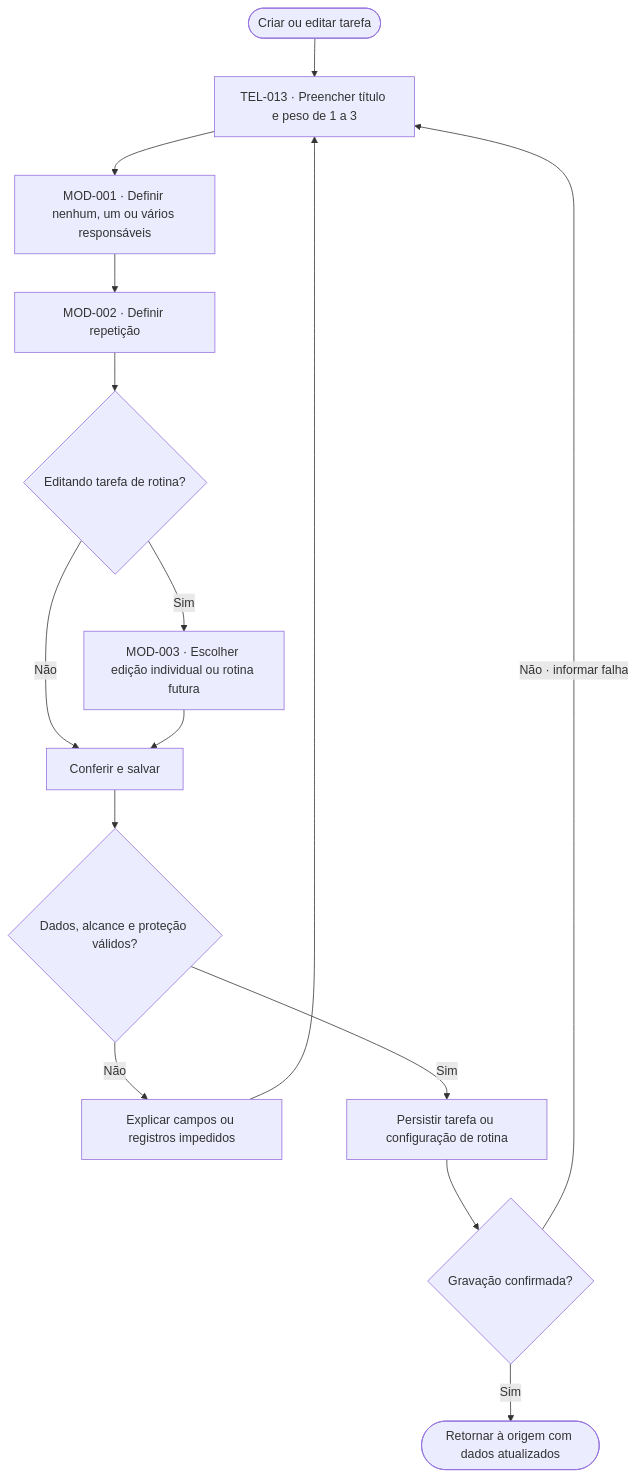
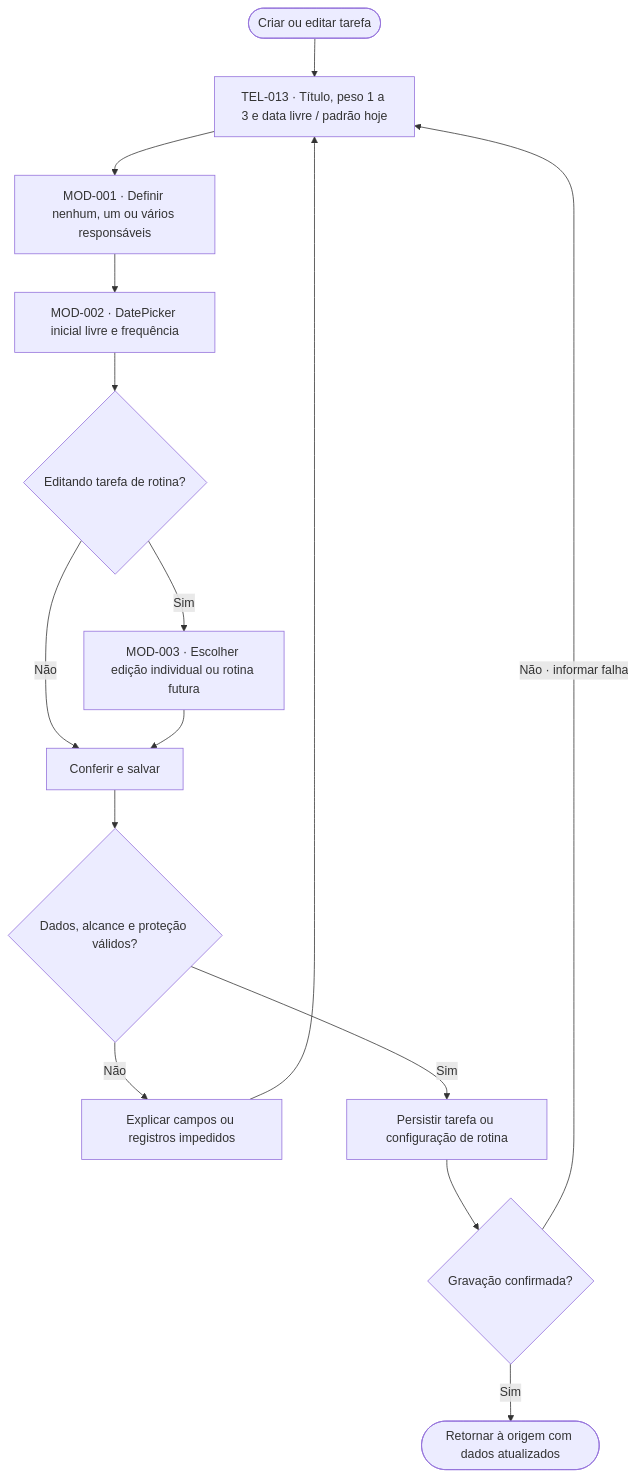
Before and after one commit to lizandramalta/App-Rotina-Familiar: the fifth of 16 diagrams in docs/design/user-flows.md, drawn with Mermaid. The commit also changed other lines of this file and 25 other files, not shown here.

````diff
--- a/docs/design/user-flows.md
+++ b/docs/design/user-flows.md
@@ -195,17 +202,17 @@
 ```mermaid
 flowchart TD
-    A(["Criar ou editar tarefa"]) --> B["TEL-013 · Preencher título e peso de 1 a 3"]
+    A(["Criar ou editar tarefa"]) --> B["TEL-013 · Título, peso 1 a 3 e data livre / padrão hoje"]
     B --> C["MOD-001 · Definir nenhum, um ou vários responsáveis"]
-    C --> D["MOD-002 · Definir repetição"]
+    C --> D["MOD-002 · DatePicker inicial livre e frequência"]
     D --> E{"Editando tarefa de rotina?"}
     E -->|Sim| F["MOD-003 · Escolher edição individual ou rotina futura"]
     E -->|Não| G["Conferir e salvar"]
     F --> G
     G --> H{"Dados, alcance e proteção válidos?"}
     H -->|Não| I["Explicar campos ou registros impedidos"]
     I --> B
     H -->|Sim| J["Persistir tarefa ou configuração de rotina"]
     J --> K{"Gravação confirmada?"}
     K -->|Não · informar falha| B
     K -->|Sim| L(["Retornar à origem com dados atualizados"])
 ```
````
